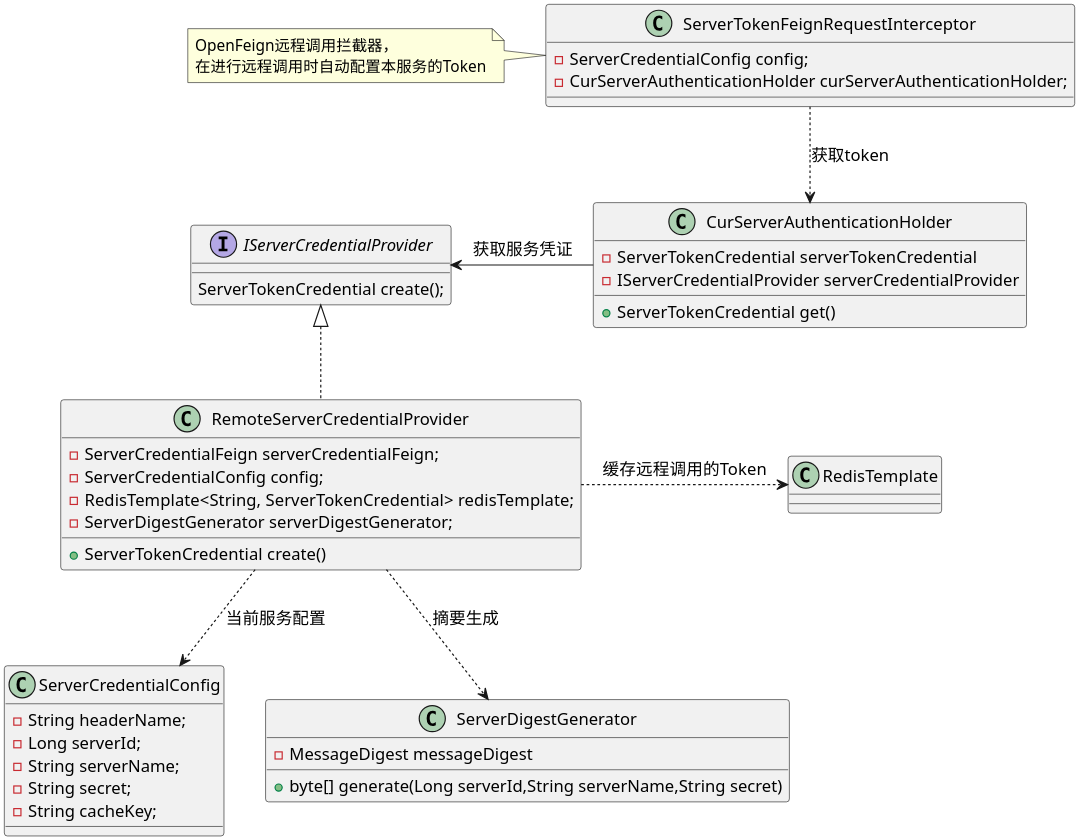
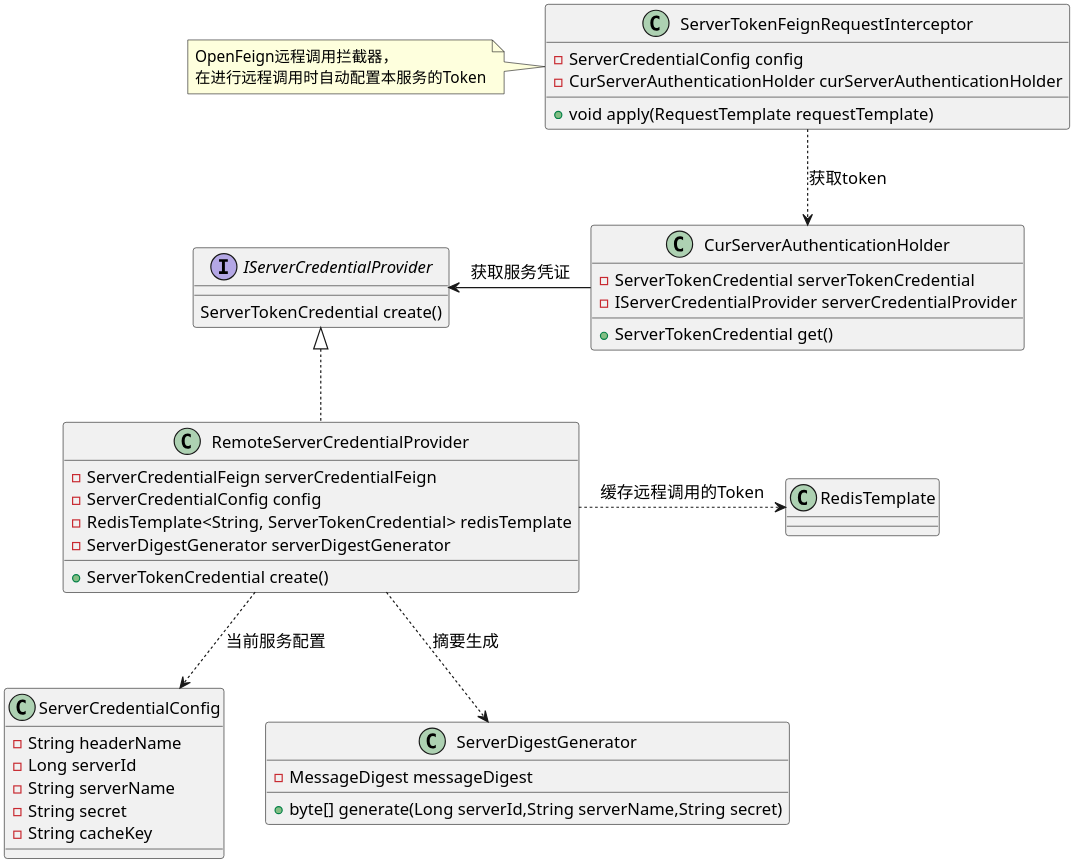
Before and after one commit to Etherealss/MessagePusher: the diagram in uml/security/获取当前服务token 剔除本地.puml, drawn with PlantUML. The commit also changed 10 other files, not shown here.

Commit message:
feature: uml

```diff
--- a/uml/security/获取当前服务token 剔除本地.puml
+++ b/uml/security/获取当前服务token 剔除本地.puml
@@ -1,58 +1,59 @@
 @startuml
 'https://plantuml.com/class-diagram
 skinparam shadowing false
 skinparam defaultFontName xfonts-wqy
 skinparam dpi 300
 skinparam activity  {
     DiamondFontSize 14
     ArrowFontSize 14
     FontSize 14
 }
 
 
 class CurServerAuthenticationHolder {
     - ServerTokenCredential serverTokenCredential
     - IServerCredentialProvider serverCredentialProvider
     + ServerTokenCredential get()
 }
 
 IServerCredentialProvider <- CurServerAuthenticationHolder : 获取服务凭证
 
 interface IServerCredentialProvider {
-    ServerTokenCredential create();
+    ServerTokenCredential create()
 }
 
 class RemoteServerCredentialProvider implements IServerCredentialProvider {
-    - ServerCredentialFeign serverCredentialFeign;
-    - ServerCredentialConfig config;
-    - RedisTemplate<String, ServerTokenCredential> redisTemplate;
-    - ServerDigestGenerator serverDigestGenerator;
+    - ServerCredentialFeign serverCredentialFeign
+    - ServerCredentialConfig config
+    - RedisTemplate<String, ServerTokenCredential> redisTemplate
+    - ServerDigestGenerator serverDigestGenerator
     + ServerTokenCredential create()
 }
 
 RemoteServerCredentialProvider .> RedisTemplate: 缓存远程调用的Token
 RemoteServerCredentialProvider ..> ServerCredentialConfig: 当前服务配置
 RemoteServerCredentialProvider ..> ServerDigestGenerator: 摘要生成
 
 class ServerDigestGenerator {
     - MessageDigest messageDigest
     + byte[] generate(Long serverId,String serverName,String secret)
 }
 
 class ServerTokenFeignRequestInterceptor {
-    - ServerCredentialConfig config;
-    - CurServerAuthenticationHolder curServerAuthenticationHolder;
+    - ServerCredentialConfig config
+    - CurServerAuthenticationHolder curServerAuthenticationHolder
+    + void apply(RequestTemplate requestTemplate)
 }
 note left of ServerTokenFeignRequestInterceptor: OpenFeign远程调用拦截器，\n在进行远程调用时自动配置本服务的Token
 
 ServerTokenFeignRequestInterceptor ..> CurServerAuthenticationHolder: 获取token
 
 class ServerCredentialConfig {
-    - String headerName;
-    - Long serverId;
-    - String serverName;
-    - String secret;
-    - String cacheKey;
+    - String headerName
+    - Long serverId
+    - String serverName
+    - String secret
+    - String cacheKey
 }
 
 @enduml
```
